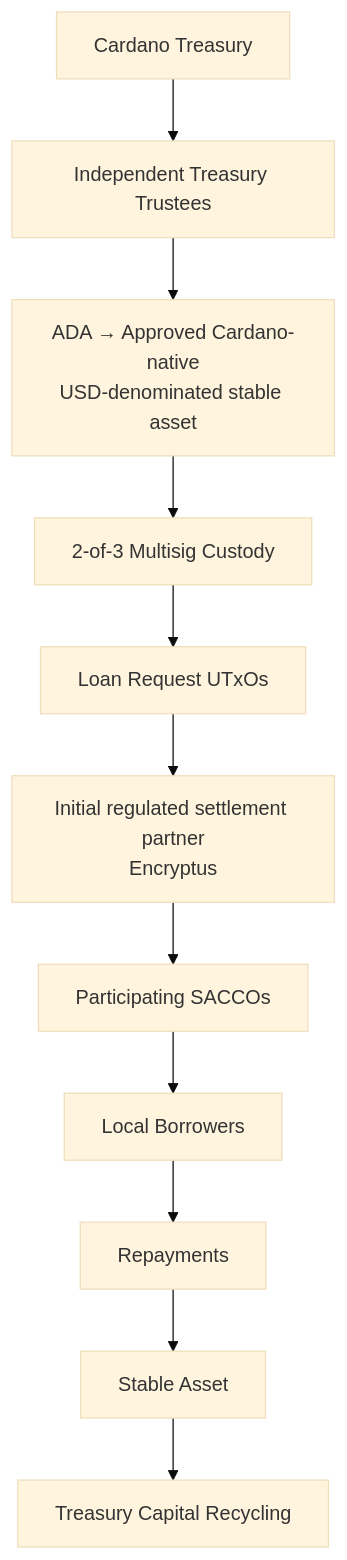
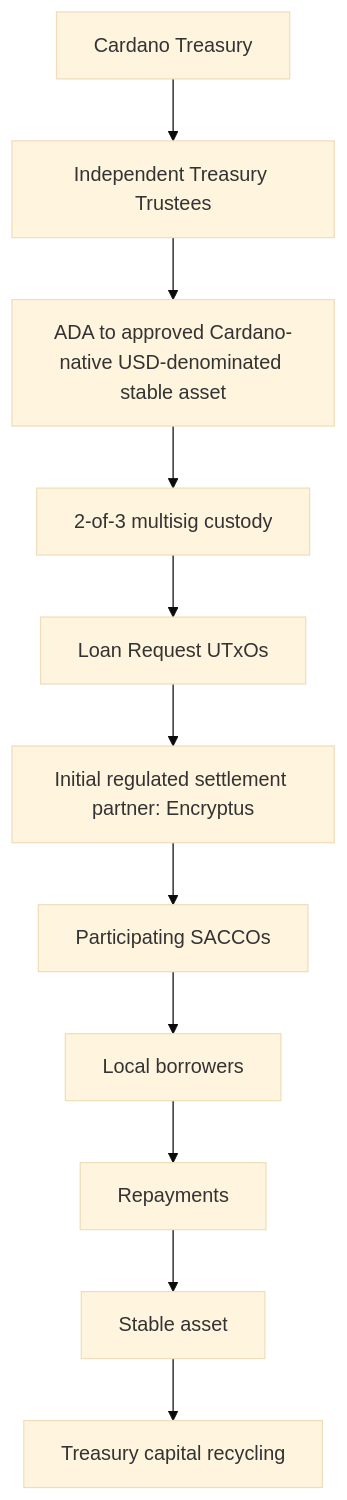
The diagram in docs/appendix-b-progressive-pilot-deployment-model.md (fairway-global/aurora-proposal), drawn with Mermaid (base theme) before and after one commit. The commit also changed other lines of this file and 35 other files, not shown here.

````diff
--- a/docs/appendix-b-progressive-pilot-deployment-model.md
+++ b/docs/appendix-b-progressive-pilot-deployment-model.md
@@ -69,13 +69,13 @@
 ```mermaid
 flowchart TD
     A[Cardano Treasury] --> B[Independent Treasury Trustees]
-    B --> C[ADA → Approved Cardano-native<br>USD-denominated stable asset]
-    C --> D[2-of-3 Multisig Custody]
+    B --> C[ADA to approved Cardano-native USD-denominated stable asset]
+    C --> D[2-of-3 multisig custody]
     D --> E[Loan Request UTxOs]
-    E --> F[Initial regulated settlement partner<br>Encryptus]
+    E --> F[Initial regulated settlement partner: Encryptus]
     F --> G[Participating SACCOs]
-    G --> H[Local Borrowers]
+    G --> H[Local borrowers]
     H --> I[Repayments]
-    I --> J[Stable Asset]
-    J --> K[Treasury Capital Recycling]
+    I --> J[Stable asset]
+    J --> K[Treasury capital recycling]
 ```
````
